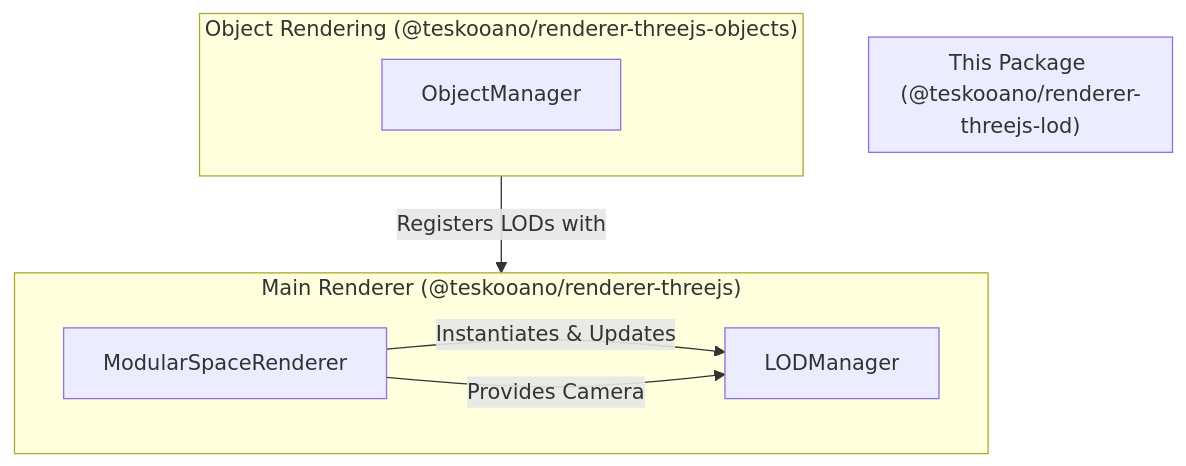
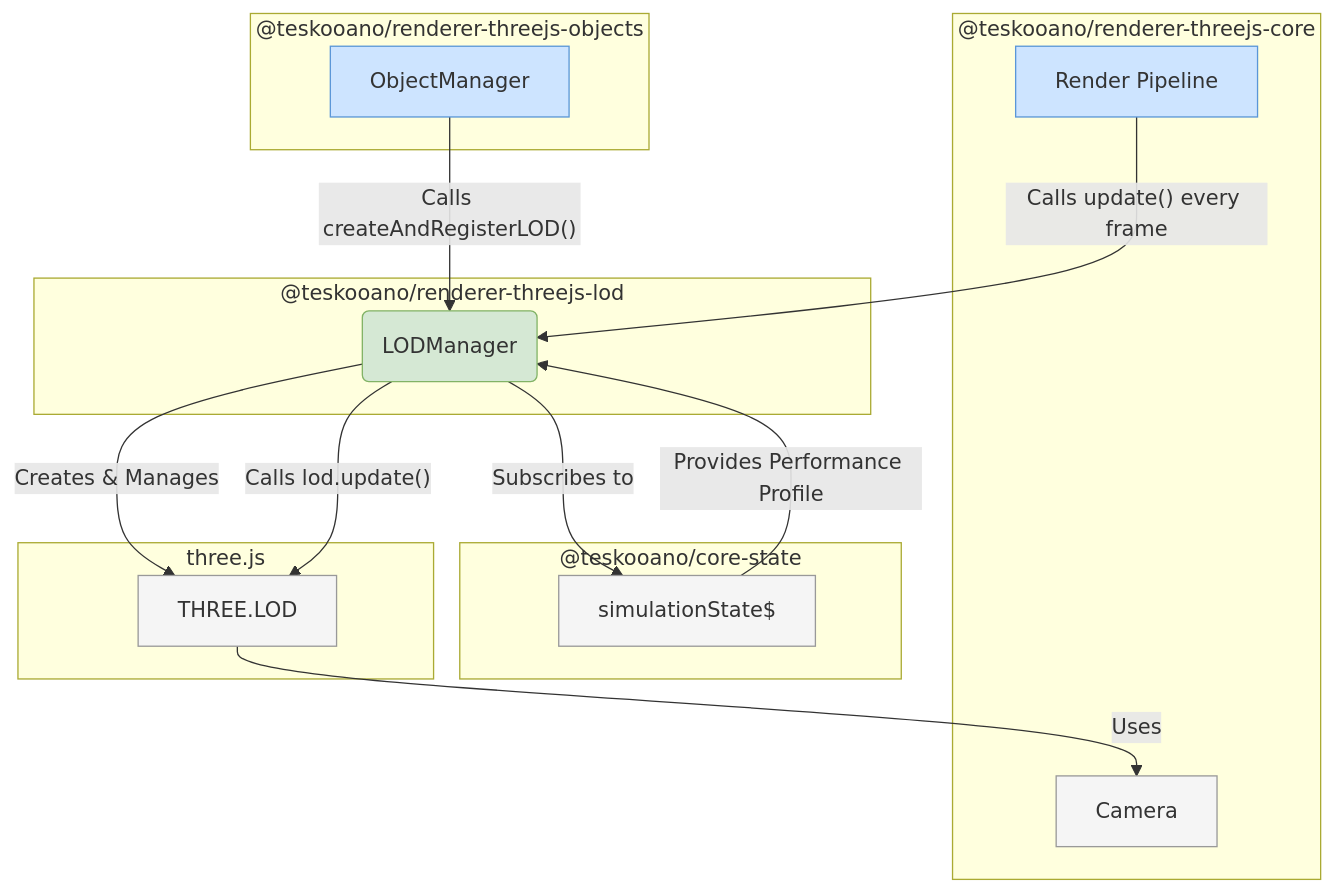
The diagram in packages/renderer/threejs-lod/ARCHITECTURE.md (tanepiper/teskooano), drawn with Mermaid before and after one commit. The commit also changed other lines of this file and 294 other files, not shown here.

````diff
--- a/packages/renderer/threejs-lod/ARCHITECTURE.md
+++ b/packages/renderer/threejs-lod/ARCHITECTURE.md
@@ -17,18 +20,39 @@
 ```mermaid
 graph TD
-    subgraph "Main Renderer (@teskooano/renderer-threejs)"
-        direction LR
-        A[ModularSpaceRenderer] -- "Instantiates & Updates" --> B;
-        A -- "Provides Camera" --> B;
+    subgraph "@teskooano/renderer-threejs-objects"
+        OM[ObjectManager]
     end
 
-    subgraph "This Package (@teskooano/renderer-threejs-lod)"
-        direction LR
-        B[LODManager]
+    subgraph "@teskooano/renderer-threejs-core"
+        RP[Render Pipeline]
+        Cam[Camera]
     end
 
-    subgraph "Object Rendering (@teskooano/renderer-threejs-objects)"
-        direction LR
-        C[ObjectManager] -- "Registers LODs with" --> B;
+    subgraph "@teskooano/renderer-threejs-lod"
+        LODM(LODManager)
     end
+
+    subgraph "@teskooano/core-state"
+        State[simulationState$]
+    end
+
+    subgraph "three.js"
+        LOD[THREE.LOD]
+    end
+
+    OM -- "Calls createAndRegisterLOD()" --> LODM;
+    LODM -- "Creates & Manages" --> LOD;
+    LODM -- "Subscribes to" --> State;
+    State -- "Provides Performance Profile" --> LODM;
+
+    RP -- "Calls update() every frame" --> LODM;
+    LODM -- "Calls lod.update()" --> LOD;
+    LOD -- "Uses" --> Cam;
+
+    classDef consumer fill:#cde4ff,stroke:#5a96d8;
+    classDef manager fill:#d5e8d4,stroke:#82b366;
+    classDef three fill:#f5f5f5,stroke:#999;
+    class OM,RP consumer;
+    class LODM manager;
+    class Cam,LOD,State three;
 ```
````
